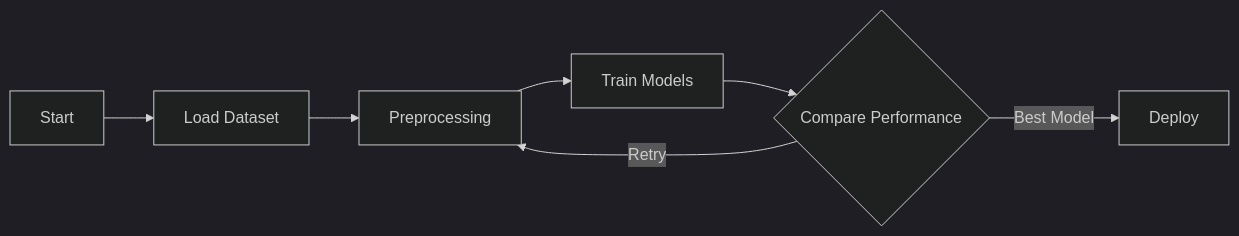
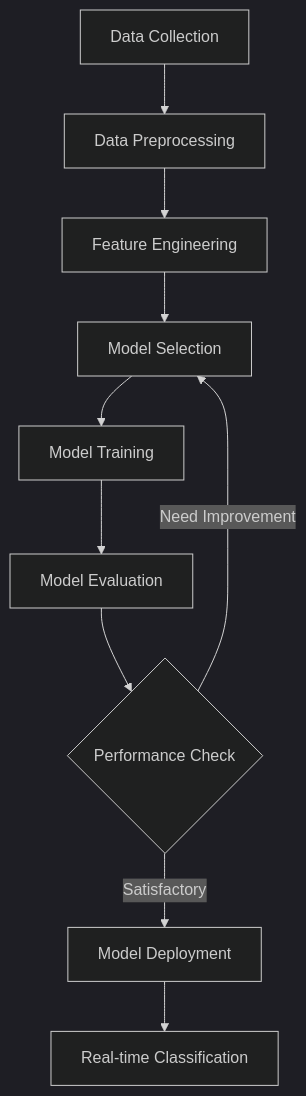
One commit to Avdhesh-Varshney/AI-Code changed the diagram in docs/projects/natural-language-processing/email_spam_detection.md. Above: the diagram before and after it, drawn with Mermaid (dark theme). The commit also changed other lines of this file and 1 other file, not shown here.

Commit message:
Add Spam Email Classification #98

````diff
--- a/docs/projects/natural-language-processing/email_spam_detection.md
+++ b/docs/projects/natural-language-processing/email_spam_detection.md
@@ -119,9 +84,12 @@
     ``` mermaid
-      graph LR
-        A[Start] --> B[Load Dataset];
-        B --> C[Preprocessing];
-        C --> D[Train Models];
-        D --> E{Compare Performance};
-        E -->|Best Model| F[Deploy];
-        E -->|Retry| C;
+    graph TD
+        A[Data Collection] --> B[Data Preprocessing]
+        B --> C[Feature Engineering]
+        C --> D[Model Selection]
+        D --> E[Model Training]
+        E --> F[Model Evaluation]
+        F --> G{Performance Check}
+        G -->|Satisfactory| H[Model Deployment]
+        G -->|Need Improvement| D
+        H --> I[Real-time Classification]
     ```
````
